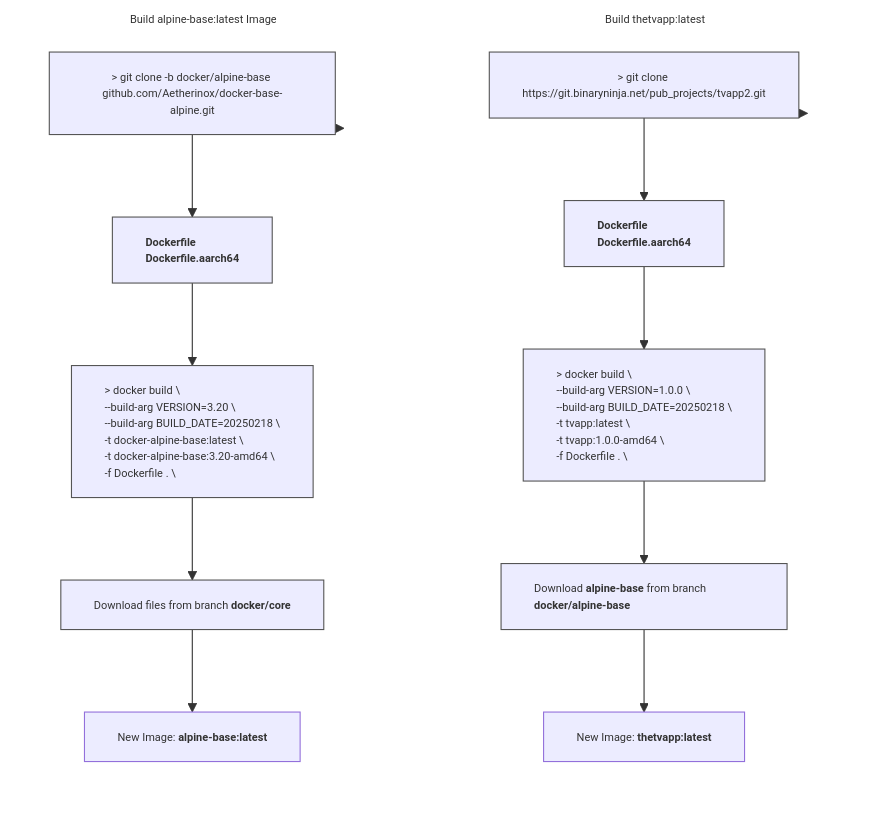
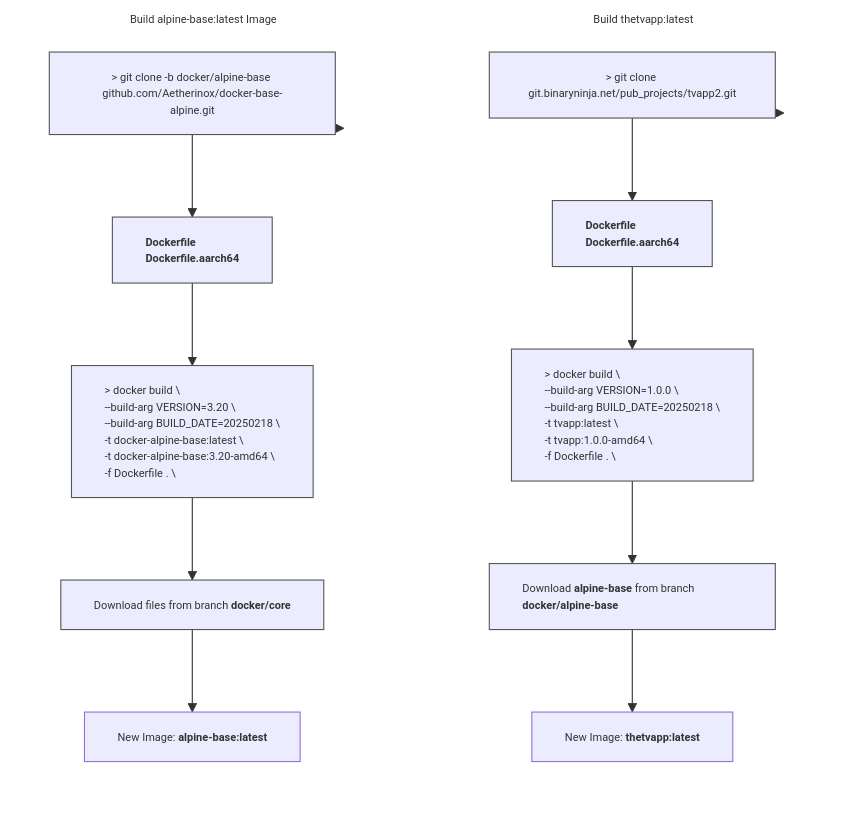
The diagram in README.md (aetherinox/docker-base-alpine), drawn with Mermaid before and after one commit.

Commit message:
docs(readme): fix html entities in mermaid graph

````diff
--- a/README.md
+++ b/README.md
@@ -228,51 +228,51 @@
 ```mermaid
 %%{init: { 'themeVariables': { 'fontSize': '10px' }}}%%
 flowchart TB
 
 subgraph GRAPH_TVAPP ["Build thetvapp:latest"]
     direction TB
-    obj_step10["`&gt; git clone https://git.binaryninja.net/pub_projects/tvapp2.git`"]
+    obj_step10["`&gt; git clone git.binaryninja.net/pub_projects/tvapp2.git`"]
     obj_step11["`**Dockerfile
      Dockerfile.aarch64**`"]
     obj_step12["`&gt; docker build &bsol;
     --build-arg VERSION=1.0.0 &bsol;
     --build-arg BUILD_DATE=20250218 &bsol;
     -t tvapp:latest &bsol;
     -t tvapp:1.0.0-amd64 &bsol;
     -f Dockerfile . &bsol;`"]
     obj_step13["`Download **alpine-base** from branch **docker/alpine-base**`"]
     obj_step14["`New Image: **thetvapp:latest**`"]
 
     style obj_step10 text-align:center,stroke-width:1px,stroke:#555
     style obj_step11 text-align:left,stroke-width:1px,stroke:#555
     style obj_step12 text-align:left,stroke-width:1px,stroke:#555
     style obj_step13 text-align:left,stroke-width:1px,stroke:#555
 end
 
 style GRAPH_TVAPP text-align:center,stroke-width:1px,stroke:transparent,fill:transparent
 
 subgraph GRAPH_ALPINE["Build alpine-base:latest Image"]
 direction TB
     obj_step20["`&gt; git clone -b docker/alpine-base github.com/Aetherinox/docker-base-alpine.git`"]
     obj_step21["`**Dockerfile
      Dockerfile.aarch64**`"]
     obj_step22["`&gt; docker build &bsol;
     --build-arg VERSION=3.20 &bsol;
     --build-arg BUILD_DATE=20250218 &bsol;
     -t docker-alpine-base:latest &bsol;
     -t docker-alpine-base:3.20-amd64 &bsol;
     -f Dockerfile . &bsol;`"]
     obj_step23["`Download files from branch **docker/core**`"]
     obj_step24["`New Image: **alpine-base:latest**`"]
 
     style obj_step20 text-align:center,stroke-width:1px,stroke:#555
     style obj_step21 text-align:left,stroke-width:1px,stroke:#555
     style obj_step22 text-align:left,stroke-width:1px,stroke:#555
     style obj_step23 text-align:left,stroke-width:1px,stroke:#555
 end
 
 style GRAPH_ALPINE text-align:center,stroke-width:1px,stroke:transparent,fill:transparent
 
 GRAPH_TVAPP --> obj_step10 --> obj_step11 --> obj_step12 --> obj_step13 --> obj_step14
 GRAPH_ALPINE --> obj_step20 --> obj_step21 --> obj_step22 --> obj_step23 --> obj_step24
 ```
````
